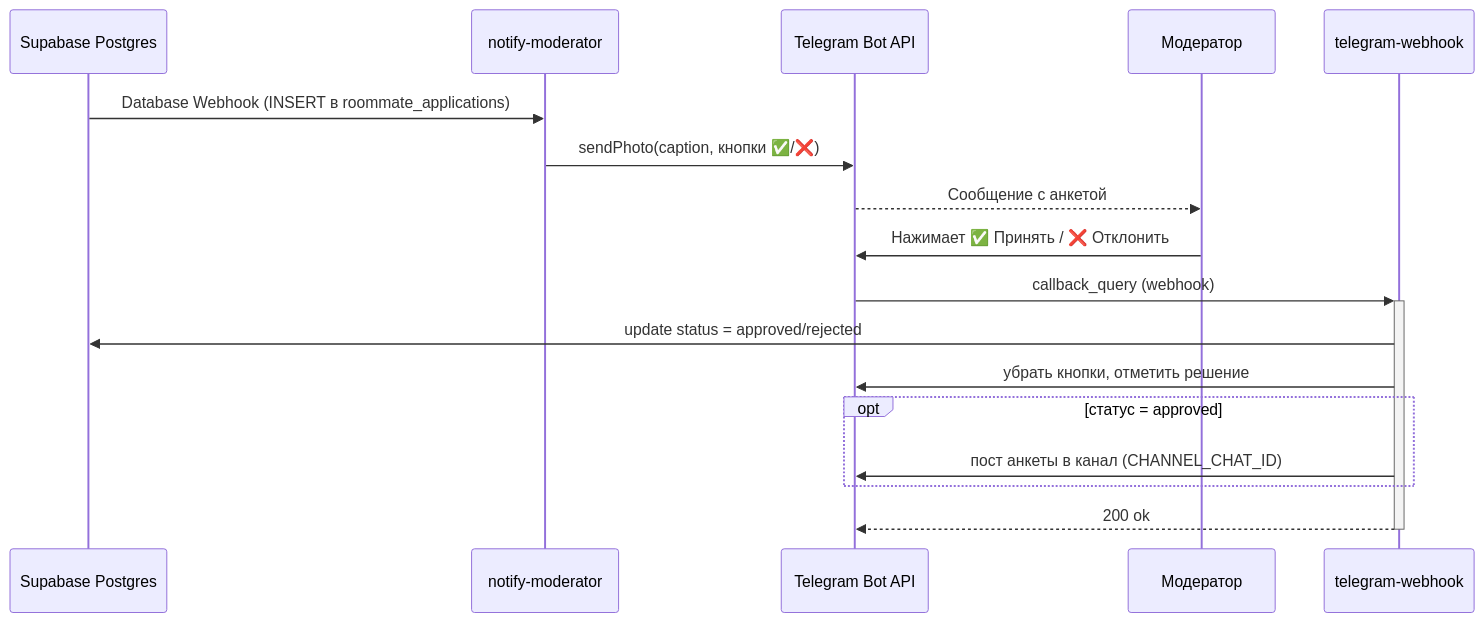
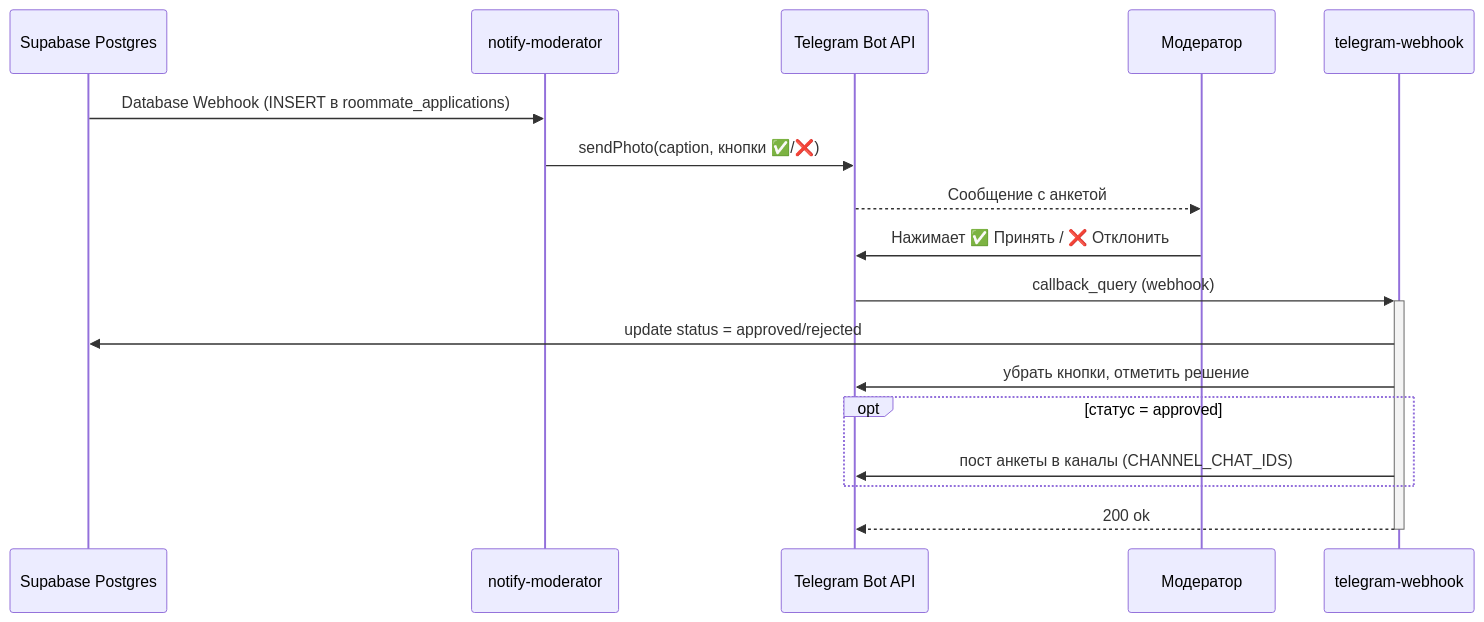
One commit to MrFl0x/TelApp changed the second of 3 diagrams in README.md. Above: the diagram before and after it, drawn with Mermaid. The commit also changed other lines of this file and 1 other file, not shown here.

First line of the commit message:
Support multiple Telegram channels + /start welcome button

````diff
--- a/README.md
+++ b/README.md
@@ -48,19 +48,19 @@
 ```mermaid
 sequenceDiagram
     participant DB as Supabase Postgres
     participant NM as notify-moderator
     participant TG as Telegram Bot API
     participant Mod as Модератор
 
     DB->>NM: Database Webhook (INSERT в roommate_applications)
     NM->>TG: sendPhoto(caption, кнопки ✅/❌)
     TG-->>Mod: Сообщение с анкетой
     Mod->>TG: Нажимает ✅ Принять / ❌ Отклонить
     TG->>+telegram-webhook: callback_query (webhook)
     telegram-webhook->>DB: update status = approved/rejected
     telegram-webhook->>TG: убрать кнопки, отметить решение
     opt статус = approved
-        telegram-webhook->>TG: пост анкеты в канал (CHANNEL_CHAT_ID)
+        telegram-webhook->>TG: пост анкеты в каналы (CHANNEL_CHAT_IDS)
     end
     telegram-webhook-->>-TG: 200 ok
 ```
````
